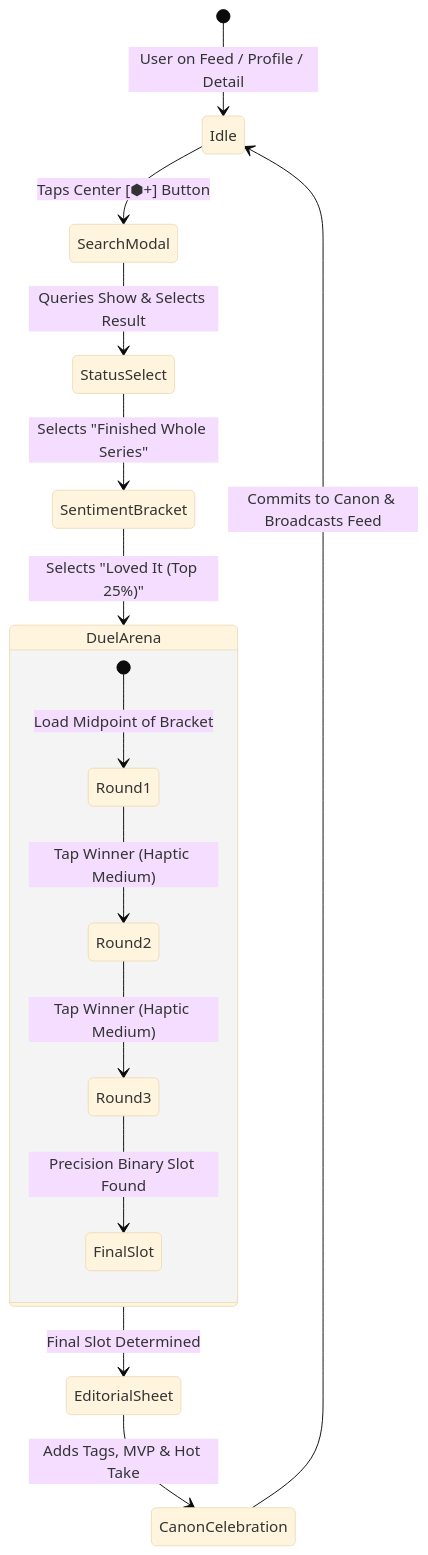
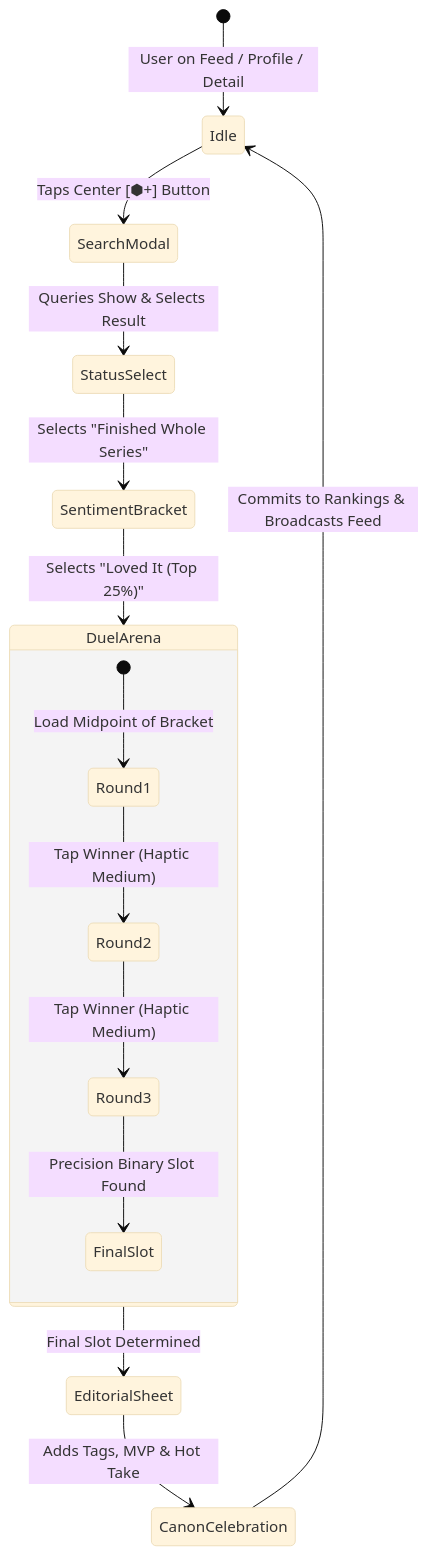
Before and after one commit to kandraos3/Telly: the first of 3 diagrams in docs/design_system/04_USER_INTERACTION_FLOWS_AND_GESTURES.md, drawn with Mermaid (base theme). The commit also changed other lines of this file and 104 other files, not shown here.

First line of the commit message:
chore(copy): rename Canon to Rankings in user-facing text (#253)

````diff
--- a/docs/design_system/04_USER_INTERACTION_FLOWS_AND_GESTURES.md
+++ b/docs/design_system/04_USER_INTERACTION_FLOWS_AND_GESTURES.md
@@ -31,19 +31,19 @@
 ```mermaid
 stateDiagram-v2
     [*] --> Idle: User on Feed / Profile / Detail
     Idle --> SearchModal: Taps Center [⬢+] Button
     SearchModal --> StatusSelect: Queries Show & Selects Result
     StatusSelect --> SentimentBracket: Selects "Finished Whole Series"
     SentimentBracket --> DuelArena: Selects "Loved It (Top 25%)"
     
     state DuelArena {
         [*] --> Round1: Load Midpoint of Bracket
         Round1 --> Round2: Tap Winner (Haptic Medium)
         Round2 --> Round3: Tap Winner (Haptic Medium)
         Round3 --> FinalSlot: Precision Binary Slot Found
     }
     
     DuelArena --> EditorialSheet: Final Slot Determined
     EditorialSheet --> CanonCelebration: Adds Tags, MVP & Hot Take
-    CanonCelebration --> Idle: Commits to Canon & Broadcasts Feed
+    CanonCelebration --> Idle: Commits to Rankings & Broadcasts Feed
 ```
````
